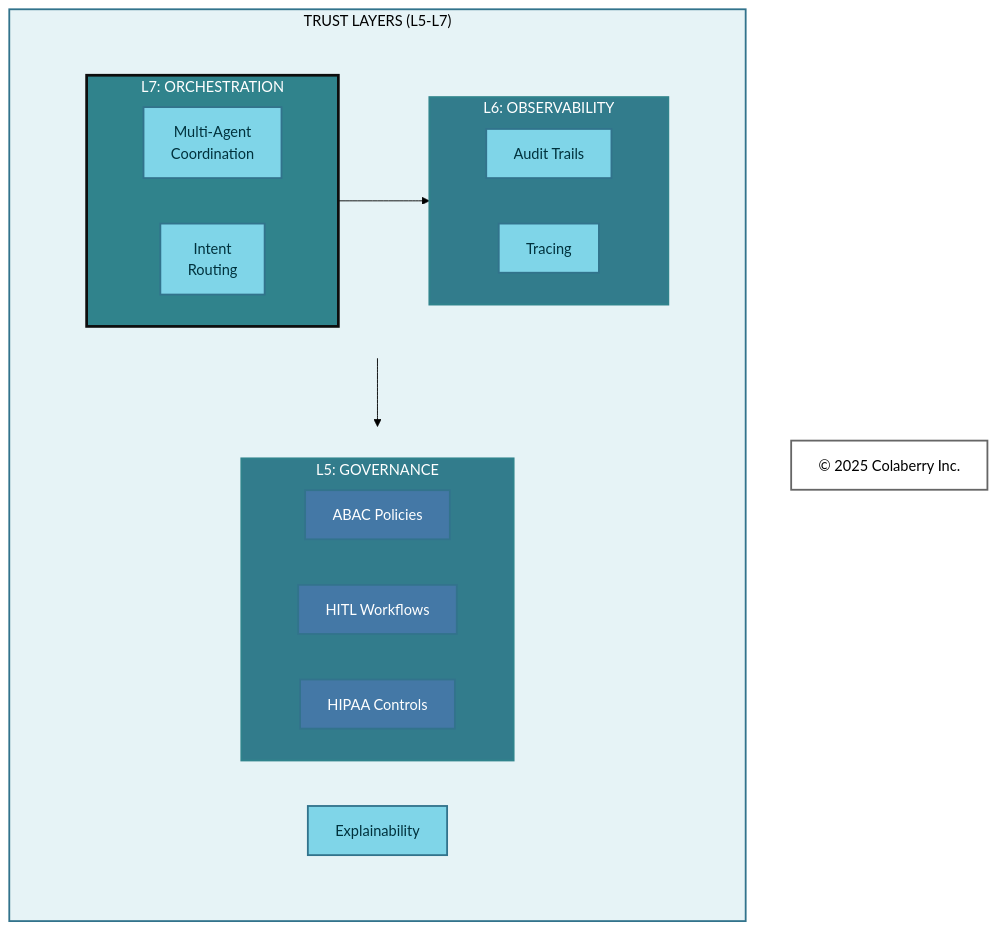
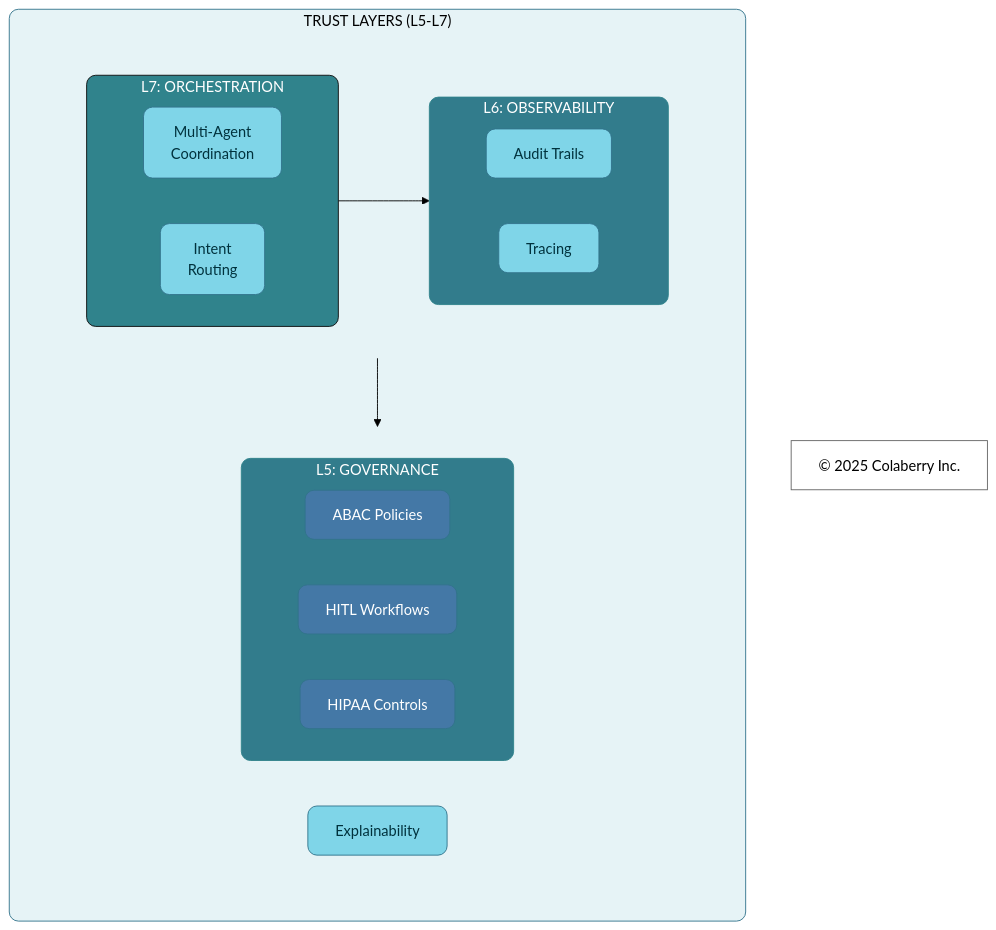
One commit to colaberry/trust-before-intelligence-book changed the sixth of 7 diagrams in manuscript/11_chapter_10_week_by_week_implementation.md. Above: the diagram before and after it, drawn with Mermaid (forest theme). The commit also changed other lines of this file and 12 other files, not shown here.

````diff
--- a/manuscript/11_chapter_10_week_by_week_implementation.md
+++ b/manuscript/11_chapter_10_week_by_week_implementation.md
@@ -1150,52 +1150,52 @@
 ```mermaid
 
 graph TB
     subgraph TRUST["TRUST LAYERS (L5-L7)"]
         direction TB
         subgraph ROW1[" "]
             direction LR
             subgraph ORCH["L7: ORCHESTRATION"]
                 O1["Multi-Agent<br/>Coordination"]
                 O2["Intent<br/>Routing"]
             end
             
             subgraph OBS["L6: OBSERVABILITY"]
                 B1["Audit Trails"]
                 B2["Tracing"]
             end
         end
         
         subgraph ROW2[" "]
             direction LR
             subgraph GOV["L5: GOVERNANCE"]
                 G1["ABAC Policies"]
                 G2["HITL Workflows"]
                 G3["HIPAA Controls"]
             end
             
             B3["Explainability"]
         end
     end
     
     Copyright["© 2025 Colaberry Inc."]
     
     ORCH --> OBS
     ROW1 --> ROW2
     
-    style TRUST fill:#E6F3F6,stroke:#32738C,stroke-width:2px,color:#000000
-    style ROW1 fill:none,stroke:none
-    style ROW2 fill:none,stroke:none
-    style ORCH fill:#30838C,stroke:#0D0D0D,stroke-width:3px,color:#ffffff
-    style OBS fill:#327C8C,stroke:#30838C,stroke-width:2px,color:#ffffff
-    style GOV fill:#327C8C,stroke:#30838C,stroke-width:2px,color:#ffffff
-    style O1 fill:#7FD5E8,stroke:#32738C,stroke-width:2px,color:#00323D
-    style O2 fill:#7FD5E8,stroke:#32738C,stroke-width:2px,color:#00323D
-    style B1 fill:#7FD5E8,stroke:#32738C,stroke-width:2px,color:#00323D
-    style B2 fill:#7FD5E8,stroke:#32738C,stroke-width:2px,color:#00323D
-    style B3 fill:#7FD5E8,stroke:#32738C,stroke-width:2px,color:#00323D
-    style G1 fill:#4478A6,stroke:#32738C,stroke-width:2px,color:#ffffff
-    style G2 fill:#4478A6,stroke:#32738C,stroke-width:2px,color:#ffffff
-    style G3 fill:#4478A6,stroke:#32738C,stroke-width:2px,color:#ffffff
-    style Copyright fill:#ffffff,stroke:#666666,stroke-width:2px,color:#000000
+    style TRUST fill:#E6F3F6,stroke:#32738C,stroke-width:1px,color:#000000,rx:10,ry:10
+    style ROW1 fill:none,stroke:none,rx:10,ry:10
+    style ROW2 fill:none,stroke:none,rx:10,ry:10
+    style ORCH fill:#30838C,stroke:#0D0D0D,stroke-width:1px,color:#ffffff,rx:10,ry:10
+    style OBS fill:#327C8C,stroke:#30838C,stroke-width:1px,color:#ffffff,rx:10,ry:10
+    style GOV fill:#327C8C,stroke:#30838C,stroke-width:1px,color:#ffffff,rx:10,ry:10
+    style O1 fill:#7FD5E8,stroke:#32738C,stroke-width:1px,color:#00323D,rx:10,ry:10
+    style O2 fill:#7FD5E8,stroke:#32738C,stroke-width:1px,color:#00323D,rx:10,ry:10
+    style B1 fill:#7FD5E8,stroke:#32738C,stroke-width:1px,color:#00323D,rx:10,ry:10
+    style B2 fill:#7FD5E8,stroke:#32738C,stroke-width:1px,color:#00323D,rx:10,ry:10
+    style B3 fill:#7FD5E8,stroke:#32738C,stroke-width:1px,color:#00323D,rx:10,ry:10
+    style G1 fill:#4478A6,stroke:#32738C,stroke-width:1px,color:#ffffff,rx:10,ry:10
+    style G2 fill:#4478A6,stroke:#32738C,stroke-width:1px,color:#ffffff,rx:10,ry:10
+    style G3 fill:#4478A6,stroke:#32738C,stroke-width:1px,color:#ffffff,rx:10,ry:10
+    style Copyright fill:none,stroke:#666666,stroke-width:1px,color:#000000
 
 ```
````
